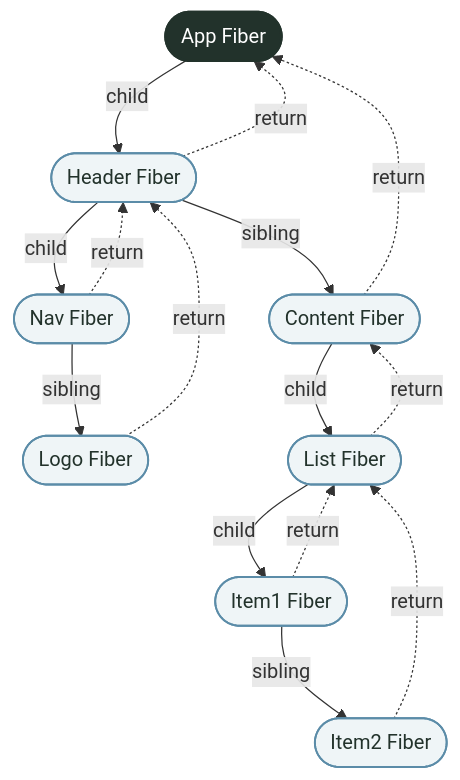
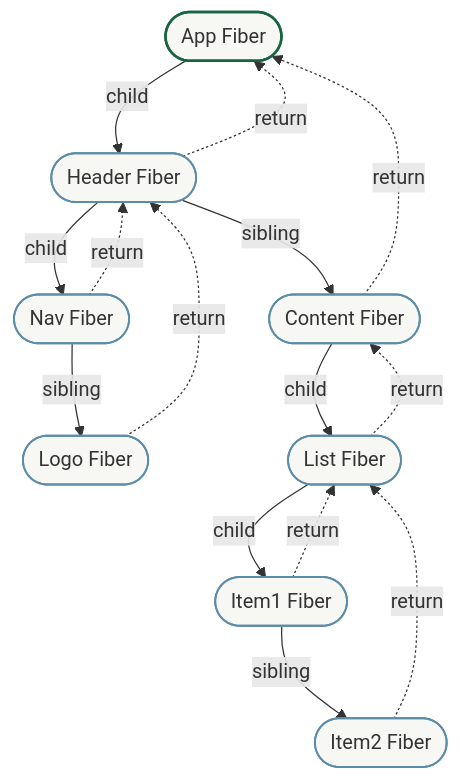
Before and after one commit to Fatejian/frontier-vault: the second of 7 diagrams in docs/en/frameworks/react-fiber.md, drawn with Mermaid. The commit also changed other lines of this file and 65 other files, not shown here.

First line of the commit message:
fix(theme): unify mermaid chart palette and remove solid core fills

````diff
--- a/docs/en/frameworks/react-fiber.md
+++ b/docs/en/frameworks/react-fiber.md
@@ -203,32 +203,32 @@
 ```mermaid
 flowchart TB
     App(["App Fiber"])
     Header(["Header Fiber"])
     Nav(["Nav Fiber"])
     Logo(["Logo Fiber"])
     Content(["Content Fiber"])
     List(["List Fiber"])
     Item1(["Item1 Fiber"])
     Item2(["Item2 Fiber"])
 
     App -->|child| Header
     Header -->|sibling| Content
     Header -->|child| Nav
     Nav -->|sibling| Logo
     Content -->|child| List
     List -->|child| Item1
     Item1 -->|sibling| Item2
 
     Header -.->|return| App
     Content -.->|return| App
     Nav -.->|return| Header
     Logo -.->|return| Header
     List -.->|return| Content
     Item1 -.->|return| List
     Item2 -.->|return| List
 
-    classDef core fill:#22322B,color:#fff,stroke:#22322B,stroke-width:2px;
-    classDef wait fill:#EFF5F7,stroke:#5B8CA8,color:#22322B,stroke-width:1.5px;
+    classDef core fill:#F7F7F3,stroke:#176540,stroke-width:2px;
+    classDef wait fill:#F7F7F3,stroke:#5B8CA8,stroke-width:1.5px;
     class App core;
     class Header,Nav,Logo,Content,List,Item1,Item2 wait;
 ```
````
